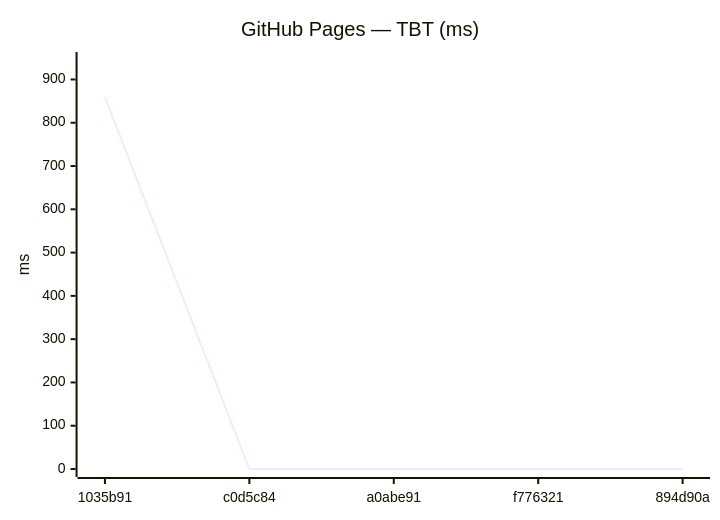
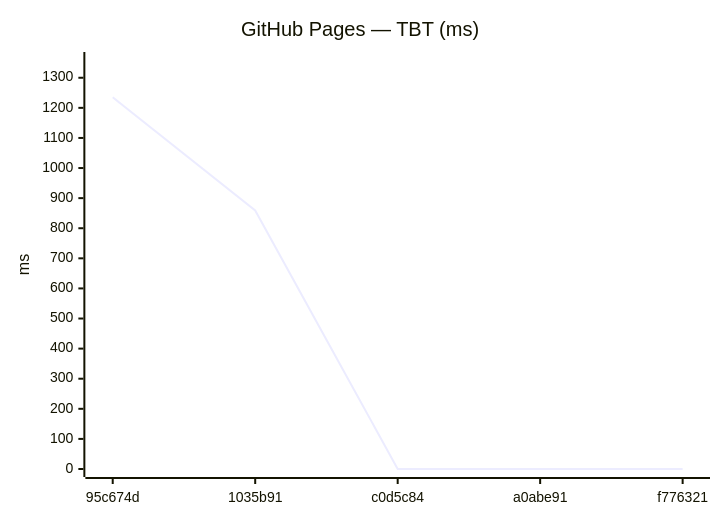
The tenth of 18 diagrams in benchmarks/compare.md (Metaheurist/Rianell), drawn with Mermaid before and after one commit. The commit also changed other lines of this file and 11 other files, not shown here.

````diff
--- a/benchmarks/compare.md
+++ b/benchmarks/compare.md
@@ -149,7 +149,7 @@
 ```mermaid
 xychart-beta
     title "GitHub Pages — TBT (ms)"
-    x-axis ["1035b91", "c0d5c84", "a0abe91", "f776321", "894d90a"]
-    y-axis "ms" 0 --> 945
-    line [859, 0, 0, 0, 0]
+    x-axis ["95c674d", "1035b91", "c0d5c84", "a0abe91", "f776321"]
+    y-axis "ms" 0 --> 1359
+    line [1235, 859, 0, 0, 0]
 ```
````
